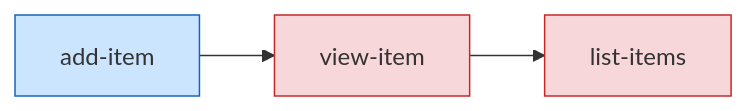
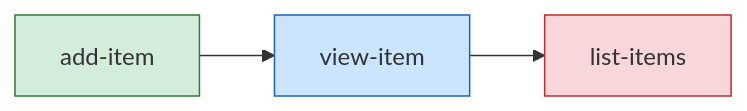
Before and after one commit to cwijayasundara/rig_v1_test: the diagram in .rig/product/sprints/sprint-0/plan.md, drawn with Mermaid. The commit also changed other lines of this file and 27 other files, not shown here.

````diff
--- a/.rig/product/sprints/sprint-0/plan.md
+++ b/.rig/product/sprints/sprint-0/plan.md
@@ -29,12 +29,12 @@
 ```mermaid
 graph LR
-  n_add_item["add-item"]:::ready
+  n_add_item["add-item"]:::done
   n_list_items["list-items"]:::blocked
-  n_view_item["view-item"]:::blocked
+  n_view_item["view-item"]:::ready
   n_view_item --> n_list_items
   n_add_item --> n_view_item
   classDef done fill:#d4edda,stroke:#2e7d32
   classDef active fill:#fff3cd,stroke:#b8860b
   classDef ready fill:#cce5ff,stroke:#1565c0
   classDef blocked fill:#f8d7da,stroke:#c62828
 ```
````
